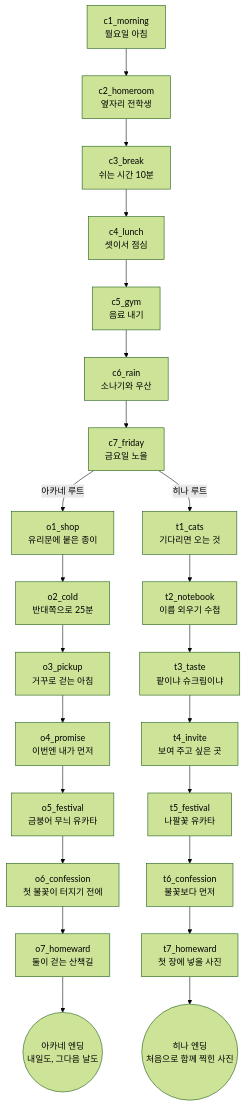
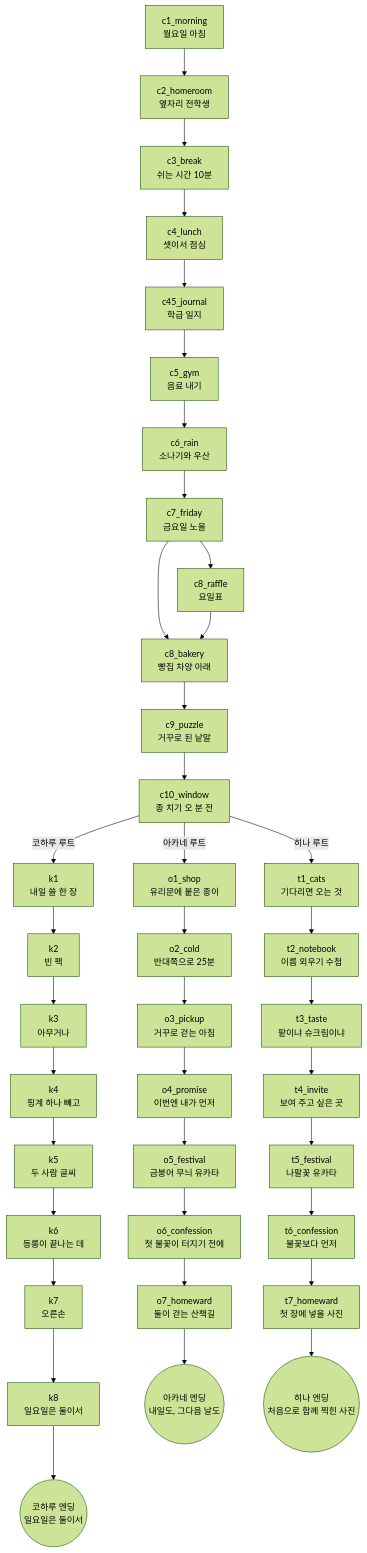
Before and after one commit to dlehdrjs00/2: the diagram in docs/SCRIPT.md, drawn with Mermaid (forest theme). The commit also changed other lines of this file and 76 other files, not shown here.

````diff
--- a/docs/SCRIPT.md
+++ b/docs/SCRIPT.md
@@ -16,46 +17,74 @@
 ```mermaid
 flowchart TD
   c1_morning["c1_morning<br/>월요일 아침"]
   c2_homeroom["c2_homeroom<br/>옆자리 전학생"]
   c3_break["c3_break<br/>쉬는 시간 10분"]
   c4_lunch["c4_lunch<br/>셋이서 점심"]
+  c45_journal["c45_journal<br/>학급 일지"]
   c5_gym["c5_gym<br/>음료 내기"]
   c6_rain["c6_rain<br/>소나기와 우산"]
   c7_friday["c7_friday<br/>금요일 노을"]
+  c8_raffle["c8_raffle<br/>요일표"]
+  c8_bakery["c8_bakery<br/>빵집 차양 아래"]
+  c9_puzzle["c9_puzzle<br/>거꾸로 된 낱말"]
+  c10_window["c10_window<br/>종 치기 오 분 전"]
   o1_shop["o1_shop<br/>유리문에 붙은 종이"]
   o2_cold["o2_cold<br/>반대쪽으로 25분"]
   o3_pickup["o3_pickup<br/>거꾸로 걷는 아침"]
   o4_promise["o4_promise<br/>이번엔 내가 먼저"]
   o5_festival["o5_festival<br/>금붕어 무늬 유카타"]
   o6_confession["o6_confession<br/>첫 불꽃이 터지기 전에"]
   o7_homeward["o7_homeward<br/>둘이 걷는 산책길"]
   t1_cats["t1_cats<br/>기다리면 오는 것"]
   t2_notebook["t2_notebook<br/>이름 외우기 수첩"]
   t3_taste["t3_taste<br/>팥이냐 슈크림이냐"]
   t4_invite["t4_invite<br/>보여 주고 싶은 곳"]
   t5_festival["t5_festival<br/>나팔꽃 유카타"]
   t6_confession["t6_confession<br/>불꽃보다 먼저"]
   t7_homeward["t7_homeward<br/>첫 장에 넣을 사진"]
+  k1["k1<br/>내일 쓸 한 장"]
+  k2["k2<br/>빈 팩"]
+  k3["k3<br/>아무거나"]
+  k4["k4<br/>핑계 하나 빼고"]
+  k5["k5<br/>두 사람 글씨"]
+  k6["k6<br/>등롱이 끝나는 데"]
+  k7["k7<br/>오른손"]
+  k8["k8<br/>일요일은 둘이서"]
   c1_morning --> c2_homeroom
   c2_homeroom --> c3_break
   c3_break --> c4_lunch
-  c4_lunch --> c5_gym
+  c4_lunch --> c45_journal
+  c45_journal --> c5_gym
   c5_gym --> c6_rain
   c6_rain --> c7_friday
-  c7_friday -->|"아카네 루트"| o1_shop
-  c7_friday -->|"히나 루트"| t1_cats
+  c7_friday --> c8_bakery
+  c7_friday --> c8_raffle
+  c8_raffle --> c8_bakery
+  c8_bakery --> c9_puzzle
+  c9_puzzle --> c10_window
+  c10_window -->|"아카네 루트"| o1_shop
+  c10_window -->|"히나 루트"| t1_cats
+  c10_window -->|"코하루 루트"| k1
   o1_shop --> o2_cold
   o2_cold --> o3_pickup
   o3_pickup --> o4_promise
   o4_promise --> o5_festival
   o5_festival --> o6_confession
   o6_confession --> o7_homeward
   o7_homeward --> END_osana(("아카네 엔딩<br/>내일도, 그다음 날도"))
   t1_cats --> t2_notebook
   t2_notebook --> t3_taste
   t3_taste --> t4_invite
   t4_invite --> t5_festival
   t5_festival --> t6_confession
   t6_confession --> t7_homeward
   t7_homeward --> END_tenko(("히나 엔딩<br/>처음으로 함께 찍힌 사진"))
+  k1 --> k2
+  k2 --> k3
+  k3 --> k4
+  k4 --> k5
+  k5 --> k6
+  k6 --> k7
+  k7 --> k8
+  k8 --> END_koharu(("코하루 엔딩<br/>일요일은 둘이서"))
 ```
````
